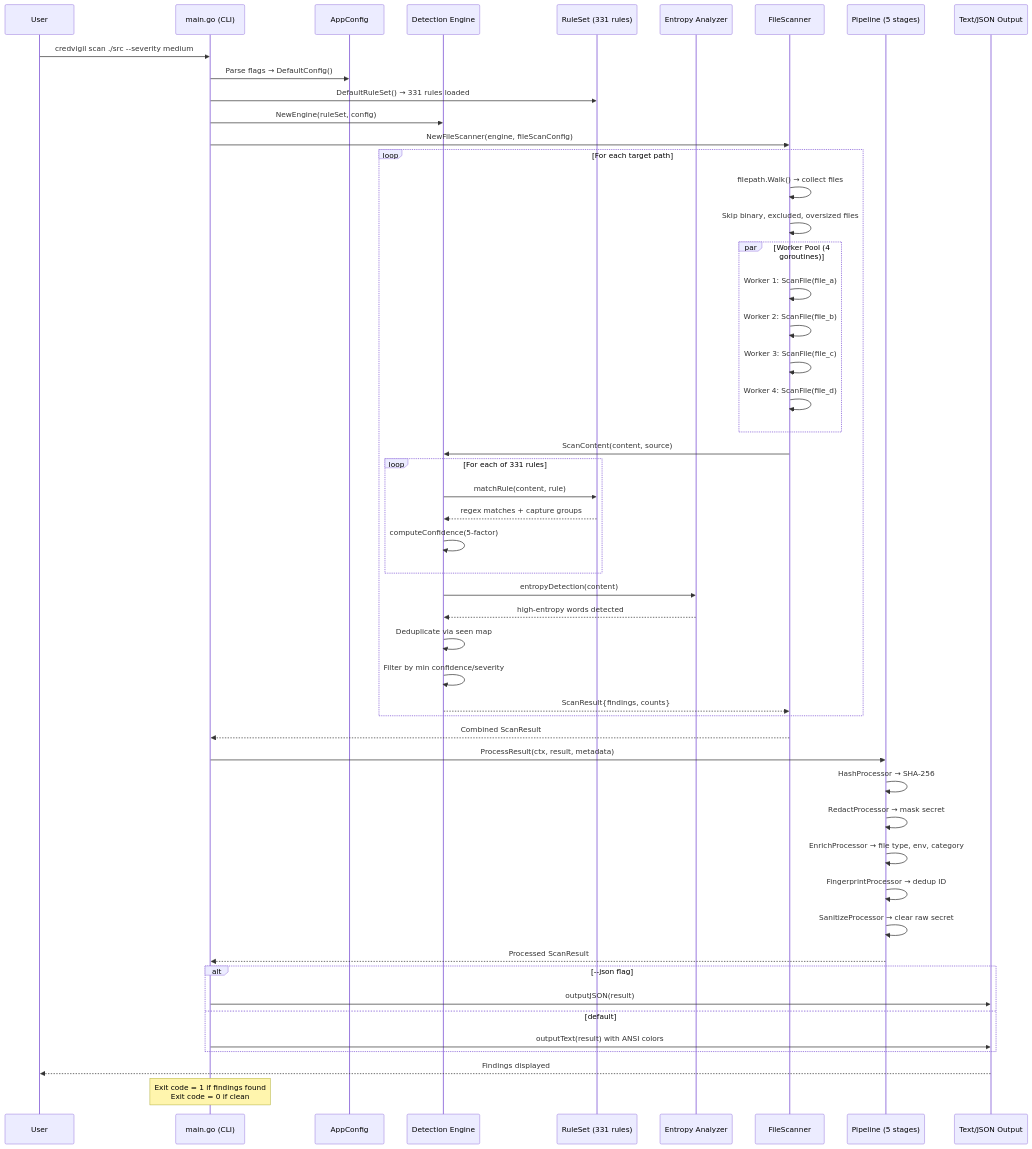
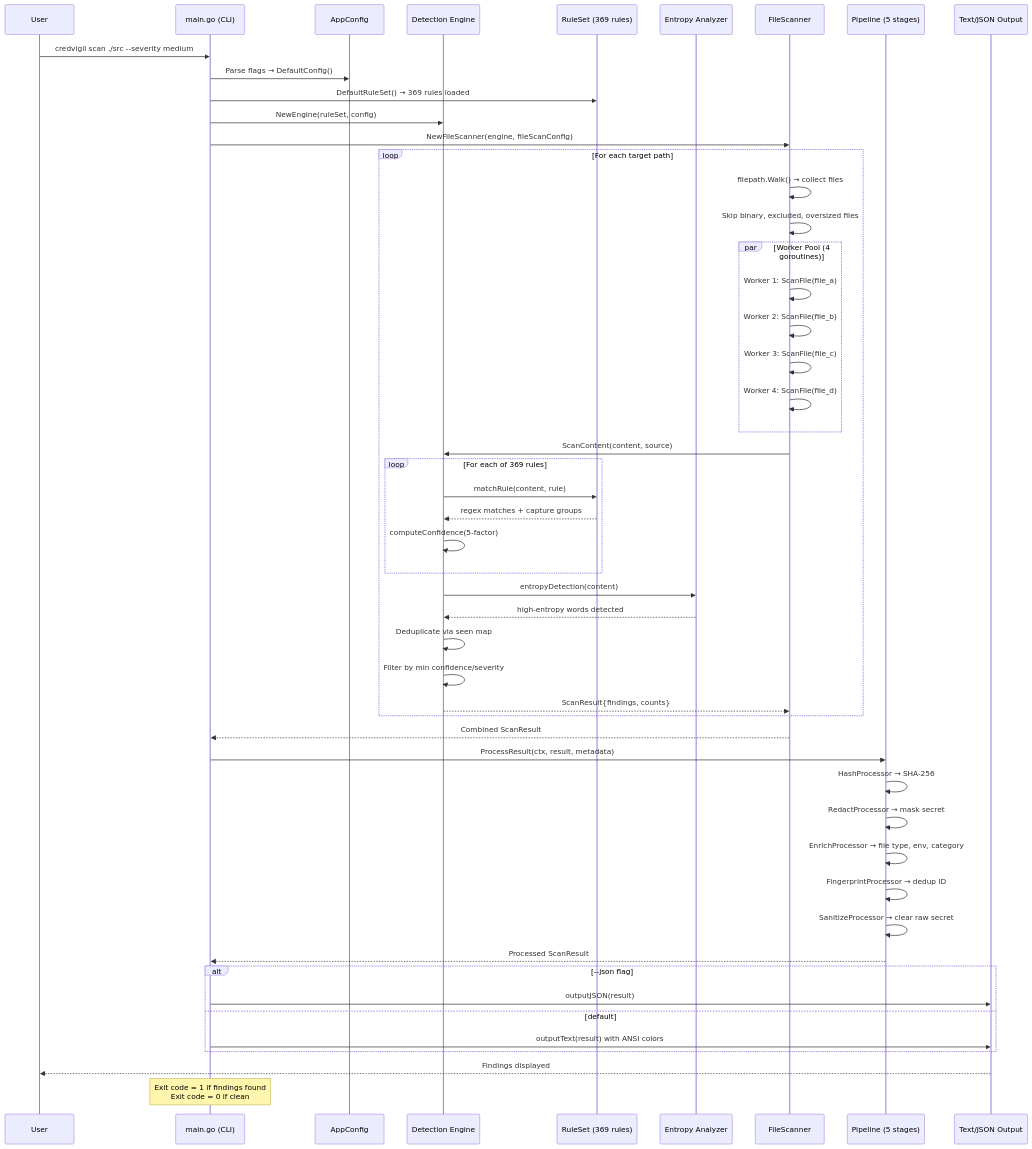
Before and after one commit to svemulapati/CredVigil: the third of 60 diagrams in docs/training/00-System-Design.md, drawn with Mermaid. The commit also changed other lines of this file and 20 other files, not shown here.

````diff
--- a/docs/training/00-System-Design.md
+++ b/docs/training/00-System-Design.md
@@ -208,67 +208,67 @@
 ```mermaid
 sequenceDiagram
     participant User
     participant CLI as main.go (CLI)
     participant Config as AppConfig
     participant Engine as Detection Engine
-    participant Rules as RuleSet (331 rules)
+    participant Rules as RuleSet (369 rules)
     participant Entropy as Entropy Analyzer
     participant Scanner as FileScanner
     participant Pipeline as Pipeline (5 stages)
     participant Output as Text/JSON Output
 
     User->>CLI: credvigil scan ./src --severity medium
     CLI->>Config: Parse flags → DefaultConfig()
-    CLI->>Rules: DefaultRuleSet() → 331 rules loaded
+    CLI->>Rules: DefaultRuleSet() → 369 rules loaded
     CLI->>Engine: NewEngine(ruleSet, config)
     CLI->>Scanner: NewFileScanner(engine, fileScanConfig)
 
     loop For each target path
         Scanner->>Scanner: filepath.Walk() → collect files
         Scanner->>Scanner: Skip binary, excluded, oversized files
 
         par Worker Pool (4 goroutines)
             Scanner->>Scanner: Worker 1: ScanFile(file_a)
             Scanner->>Scanner: Worker 2: ScanFile(file_b)
             Scanner->>Scanner: Worker 3: ScanFile(file_c)
             Scanner->>Scanner: Worker 4: ScanFile(file_d)
         end
 
         Scanner->>Engine: ScanContent(content, source)
 
-        loop For each of 331 rules
+        loop For each of 369 rules
             Engine->>Rules: matchRule(content, rule)
             Rules-->>Engine: regex matches + capture groups
             Engine->>Engine: computeConfidence(5-factor)
         end
 
         Engine->>Entropy: entropyDetection(content)
         Entropy-->>Engine: high-entropy words detected
 
         Engine->>Engine: Deduplicate via seen map
         Engine->>Engine: Filter by min confidence/severity
         Engine-->>Scanner: ScanResult{findings, counts}
     end
 
     Scanner-->>CLI: Combined ScanResult
 
     CLI->>Pipeline: ProcessResult(ctx, result, metadata)
 
     Pipeline->>Pipeline: HashProcessor → SHA-256
     Pipeline->>Pipeline: RedactProcessor → mask secret
     Pipeline->>Pipeline: EnrichProcessor → file type, env, category
     Pipeline->>Pipeline: FingerprintProcessor → dedup ID
     Pipeline->>Pipeline: SanitizeProcessor → clear raw secret
 
     Pipeline-->>CLI: Processed ScanResult
 
     alt --json flag
         CLI->>Output: outputJSON(result)
     else default
         CLI->>Output: outputText(result) with ANSI colors
     end
 
     Output-->>User: Findings displayed
 
     Note over CLI: Exit code = 1 if findings found<br/>Exit code = 0 if clean
 ```
````
